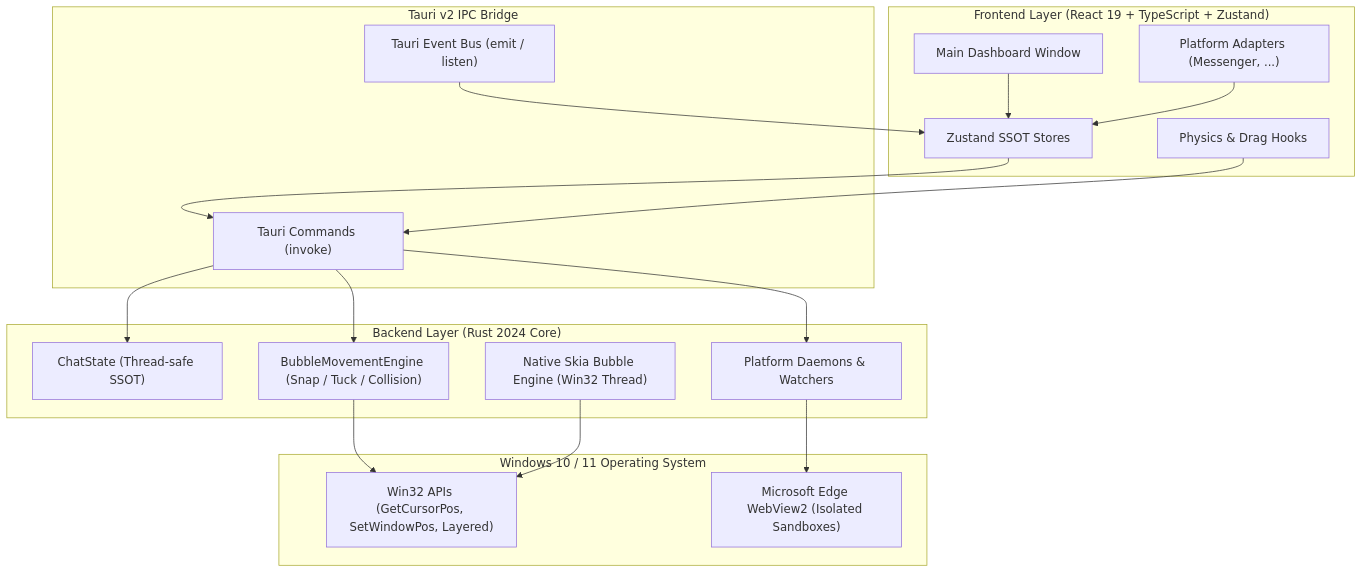
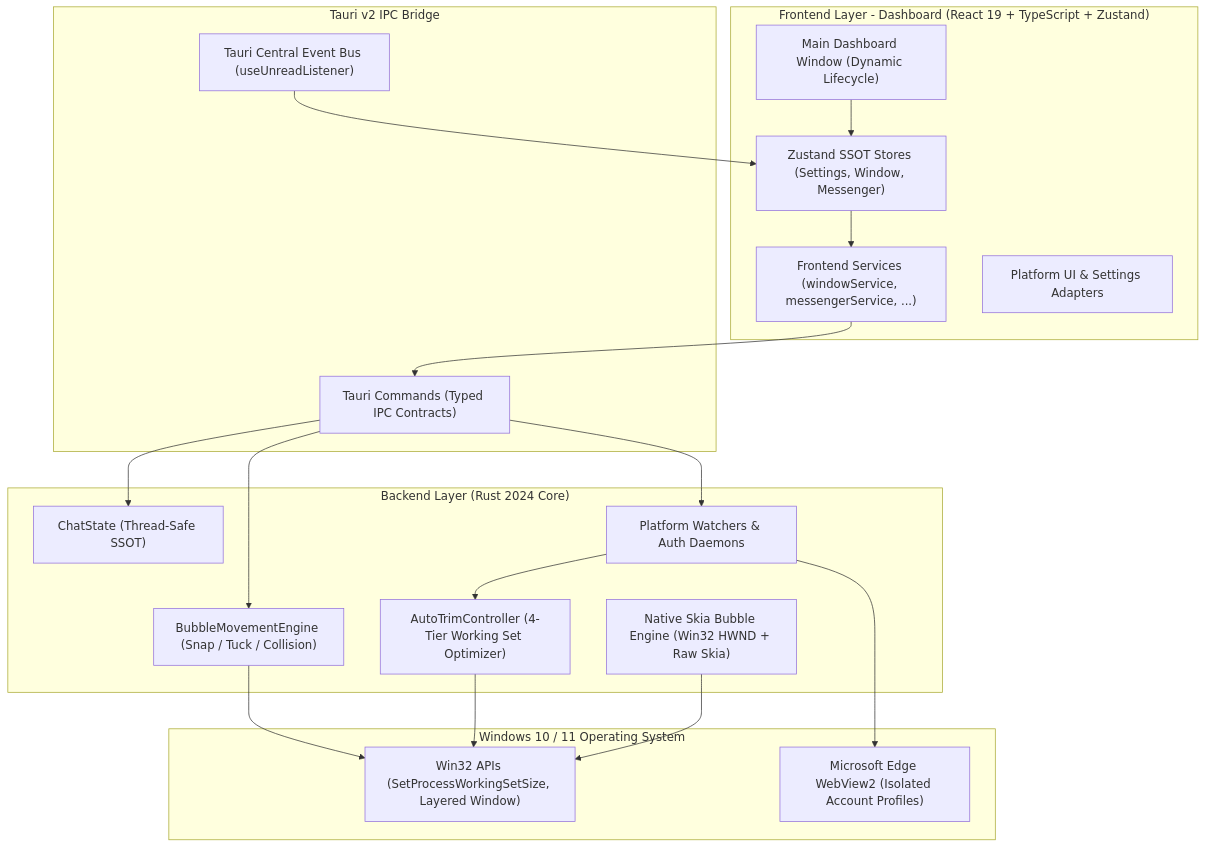
One commit to Lelequyngocquy/desktop-bubble-chat changed the diagram in README.md. Above: the diagram before and after it, drawn with Mermaid. The commit also changed other lines of this file and 1 other file, not shown here.

````diff
--- a/README.md
+++ b/README.md
@@ -55,40 +80,42 @@
 ```mermaid
 flowchart TD
-    subgraph Frontend["Frontend Layer (React 19 + TypeScript + Zustand)"]
-        UI["Main Dashboard Window"]
-        STORE["Zustand SSOT Stores"]
-        HOOKS["Physics & Drag Hooks"]
-        FE_PLUG["Platform Adapters (Messenger, ...)"]
+    subgraph Frontend["Frontend Layer - Dashboard (React 19 + TypeScript + Zustand)"]
+        UI["Main Dashboard Window (Dynamic Lifecycle)"]
+        STORE["Zustand SSOT Stores (Settings, Window, Messenger)"]
+        SERVICES["Frontend Services (windowService, messengerService, ...)"]
+        FE_PLUG["Platform UI & Settings Adapters"]
     end
 
     subgraph IPC["Tauri v2 IPC Bridge"]
-        INVOKE["Tauri Commands (invoke)"]
-        EVENTS["Tauri Event Bus (emit / listen)"]
+        INVOKE["Tauri Commands (Typed IPC Contracts)"]
+        EVENTS["Tauri Central Event Bus (useUnreadListener)"]
     end
 
     subgraph Backend["Backend Layer (Rust 2024 Core)"]
-        STATE["ChatState (Thread-safe SSOT)"]
+        STATE["ChatState (Thread-Safe SSOT)"]
+        TRIM["AutoTrimController (4-Tier Working Set Optimizer)"]
         ENGINE["BubbleMovementEngine (Snap / Tuck / Collision)"]
-        SKIA["Native Skia Bubble Engine (Win32 Thread)"]
-        BE_PLUG["Platform Daemons & Watchers"]
+        SKIA["Native Skia Bubble Engine (Win32 HWND + Raw Skia)"]
+        BE_PLUG["Platform Watchers & Auth Daemons"]
     end
 
     subgraph OS["Windows 10 / 11 Operating System"]
-        WIN32["Win32 APIs (GetCursorPos, SetWindowPos, Layered)"]
-        WV2["Microsoft Edge WebView2 (Isolated Sandboxes)"]
+        WIN32["Win32 APIs (SetProcessWorkingSetSize, Layered Window)"]
+        WV2["Microsoft Edge WebView2 (Isolated Account Profiles)"]
     end
 
     UI --> STORE
-    FE_PLUG --> STORE
-    STORE --> INVOKE
-    HOOKS --> INVOKE
+    STORE --> SERVICES
+    SERVICES --> INVOKE
     EVENTS --> STORE
 
     INVOKE --> STATE
     INVOKE --> ENGINE
     INVOKE --> BE_PLUG
 
+    BE_PLUG --> TRIM
+    TRIM --> WIN32
     ENGINE --> WIN32
     SKIA --> WIN32
     BE_PLUG --> WV2
 ```
````
